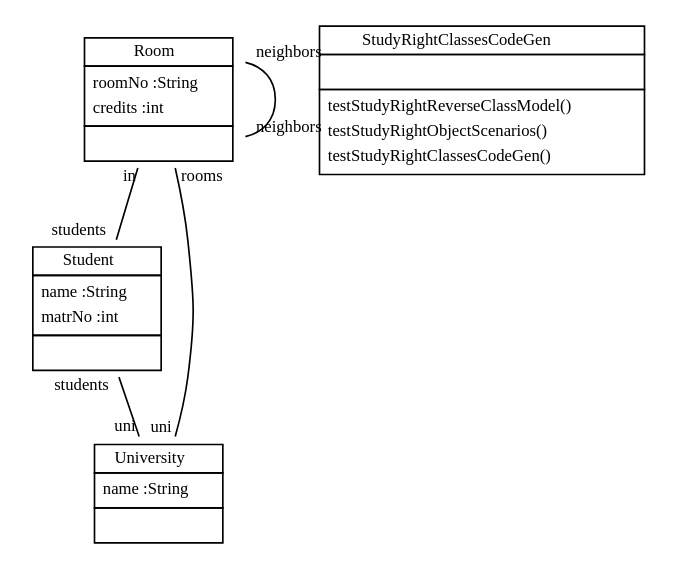
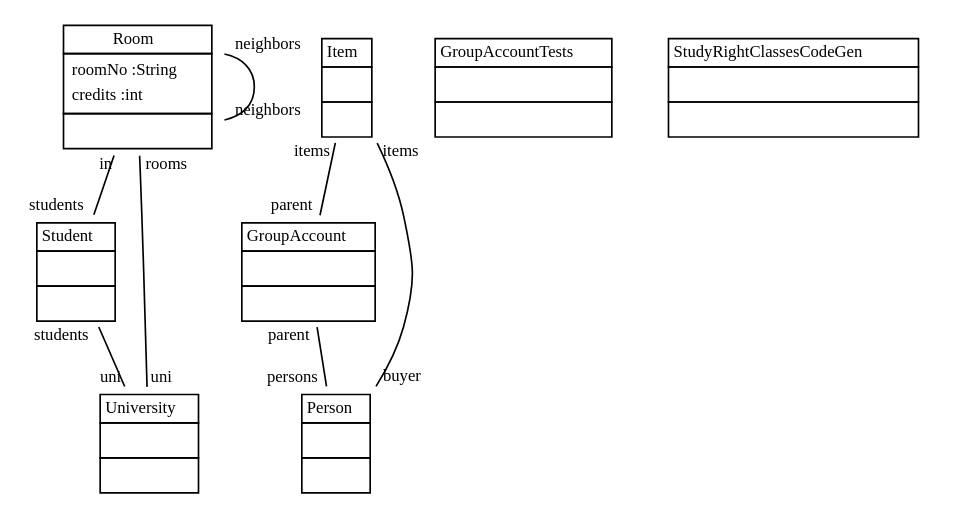
Before and after one commit to fujaba/SDMLib: the diagram in doc/StudyRightReverseClassModel.dot, drawn with Graphviz. The commit also changed 41 other files, not shown here.

```diff
--- a/doc/StudyRightReverseClassModel.dot
+++ b/doc/StudyRightReverseClassModel.dot
@@ -1,18 +1,32 @@
 
  graph ClassDiagram {
     node [shape = none, fontsize = 10]; 
     edge [fontsize = 10];
     
     
     Room [label=<<table border='0' cellborder='1' cellspacing='0'> <tr> <td>Room</td> </tr> <tr><td><table border='0' cellborder='0' cellspacing='0'> <tr><td align='left'>roomNo :String</td></tr> <tr><td align='left'>credits :int</td></tr>  </table></td></tr> <tr><td><table border='0' cellborder='0' cellspacing='0'> <tr><td> </td></tr> </table></td></tr> </table>>];
+    GroupAccount [label=<<table border='0' cellborder='1' cellspacing='0'> <tr> <td>GroupAccount</td> </tr> <tr><td><table border='0' cellborder='0' cellspacing='0'> <tr><td> </td></tr> </table></td></tr> <tr><td><table border='0' cellborder='0' cellspacing='0'> <tr><td align='left'>getItems()</td></tr> <tr><td align='left'>addToItems(Item)</td></tr> <tr><td align='left'>removeFromItems(Item)</td></tr> <tr><td align='left'>withItems(Item)</td></tr> <tr><td align='left'>withoutItems(Item)</td></tr> <tr><td align='left'>removeAllFromItems()</td></tr> <tr><td align='left'>updateBalances()</td></tr>  </table></td></tr> </table>>];
+    GroupAccountTests [label=<<table border='0' cellborder='1' cellspacing='0'> <tr> <td>GroupAccountTests</td> </tr> <tr><td><table border='0' cellborder='0' cellspacing='0'> <tr><td align='left'>MODELING :String</td></tr> <tr><td align='left'>ACTIVE :String</td></tr> <tr><td align='left'>DONE :String</td></tr> <tr><td align='left'>IMPLEMENTATION :String</td></tr> <tr><td align='left'>BACKLOG :String</td></tr>  </table></td></tr> <tr><td><table border='0' cellborder='0' cellspacing='0'> <tr><td align='left'>testGroupAccountRuleRecognition()</td></tr> <tr><td align='left'>testGroupAccountCodegen()</td></tr>  </table></td></tr> </table>>];
+    Item [label=<<table border='0' cellborder='1' cellspacing='0'> <tr> <td>Item</td> </tr> <tr><td><table border='0' cellborder='0' cellspacing='0'> <tr><td align='left'>description :String</td></tr>  </table></td></tr> <tr><td><table border='0' cellborder='0' cellspacing='0'> <tr><td align='left'>getValue()</td></tr> <tr><td align='left'>setValue(double)</td></tr> <tr><td align='left'>withValue(double)</td></tr>  </table></td></tr> </table>>];
+    Person [label=<<table border='0' cellborder='1' cellspacing='0'> <tr> <td>Person</td> </tr> <tr><td><table border='0' cellborder='0' cellspacing='0'> <tr><td align='left'>name :String</td></tr>  </table></td></tr> <tr><td><table border='0' cellborder='0' cellspacing='0'> <tr><td align='left'>getBalance()</td></tr> <tr><td align='left'>setBalance(double)</td></tr> <tr><td align='left'>withBalance(double)</td></tr> <tr><td align='left'>getItems()</td></tr> <tr><td align='left'>addToItems(Item)</td></tr> <tr><td align='left'>removeFromItems(Item)</td></tr> <tr><td align='left'>withItems(Item)</td></tr> <tr><td align='left'>withoutItems(Item)</td></tr> <tr><td align='left'>removeAllFromItems()</td></tr>  </table></td></tr> </table>>];
     Student [label=<<table border='0' cellborder='1' cellspacing='0'> <tr> <td>Student</td> </tr> <tr><td><table border='0' cellborder='0' cellspacing='0'> <tr><td align='left'>name :String</td></tr> <tr><td align='left'>matrNo :int</td></tr>  </table></td></tr> <tr><td><table border='0' cellborder='0' cellspacing='0'> <tr><td> </td></tr> </table></td></tr> </table>>];
     StudyRightClassesCodeGen [label=<<table border='0' cellborder='1' cellspacing='0'> <tr> <td>StudyRightClassesCodeGen</td> </tr> <tr><td><table border='0' cellborder='0' cellspacing='0'> <tr><td> </td></tr> </table></td></tr> <tr><td><table border='0' cellborder='0' cellspacing='0'> <tr><td align='left'>testStudyRightReverseClassModel()</td></tr> <tr><td align='left'>testStudyRightObjectScenarios()</td></tr> <tr><td align='left'>testStudyRightClassesCodeGen()</td></tr>  </table></td></tr> </table>>];
     University [label=<<table border='0' cellborder='1' cellspacing='0'> <tr> <td>University</td> </tr> <tr><td><table border='0' cellborder='0' cellspacing='0'> <tr><td align='left'>name :String</td></tr>  </table></td></tr> <tr><td><table border='0' cellborder='0' cellspacing='0'> <tr><td> </td></tr> </table></td></tr> </table>>];
+    Person [label=<<table border='0' cellborder='1' cellspacing='0'> <tr> <td>Person</td> </tr> <tr><td><table border='0' cellborder='0' cellspacing='0'> <tr><td> </td></tr> </table></td></tr> <tr><td><table border='0' cellborder='0' cellspacing='0'> <tr><td> </td></tr> </table></td></tr> </table>>];
+    Item [label=<<table border='0' cellborder='1' cellspacing='0'> <tr> <td>Item</td> </tr> <tr><td><table border='0' cellborder='0' cellspacing='0'> <tr><td> </td></tr> </table></td></tr> <tr><td><table border='0' cellborder='0' cellspacing='0'> <tr><td> </td></tr> </table></td></tr> </table>>];
+    GroupAccountTests [label=<<table border='0' cellborder='1' cellspacing='0'> <tr> <td>GroupAccountTests</td> </tr> <tr><td><table border='0' cellborder='0' cellspacing='0'> <tr><td> </td></tr> </table></td></tr> <tr><td><table border='0' cellborder='0' cellspacing='0'> <tr><td> </td></tr> </table></td></tr> </table>>];
+    GroupAccount [label=<<table border='0' cellborder='1' cellspacing='0'> <tr> <td>GroupAccount</td> </tr> <tr><td><table border='0' cellborder='0' cellspacing='0'> <tr><td> </td></tr> </table></td></tr> <tr><td><table border='0' cellborder='0' cellspacing='0'> <tr><td> </td></tr> </table></td></tr> </table>>];
+    University [label=<<table border='0' cellborder='1' cellspacing='0'> <tr> <td>University</td> </tr> <tr><td><table border='0' cellborder='0' cellspacing='0'> <tr><td> </td></tr> </table></td></tr> <tr><td><table border='0' cellborder='0' cellspacing='0'> <tr><td> </td></tr> </table></td></tr> </table>>];
+    StudyRightClassesCodeGen [label=<<table border='0' cellborder='1' cellspacing='0'> <tr> <td>StudyRightClassesCodeGen</td> </tr> <tr><td><table border='0' cellborder='0' cellspacing='0'> <tr><td> </td></tr> </table></td></tr> <tr><td><table border='0' cellborder='0' cellspacing='0'> <tr><td> </td></tr> </table></td></tr> </table>>];
+    Student [label=<<table border='0' cellborder='1' cellspacing='0'> <tr> <td>Student</td> </tr> <tr><td><table border='0' cellborder='0' cellspacing='0'> <tr><td> </td></tr> </table></td></tr> <tr><td><table border='0' cellborder='0' cellspacing='0'> <tr><td> </td></tr> </table></td></tr> </table>>];
     
     
     
     Room -- University [headlabel = "uni" taillabel = "rooms"];
     Room -- Room [headlabel = "neighbors" taillabel = "neighbors"];
     Room -- Student [headlabel = "students" taillabel = "in"];
+    GroupAccount -- Person [headlabel = "persons" taillabel = "parent"];
+    Item -- GroupAccount [headlabel = "parent" taillabel = "items"];
+    Item -- Person [headlabel = "buyer" taillabel = "items"];
     Student -- University [headlabel = "uni" taillabel = "students"];
 }
```
